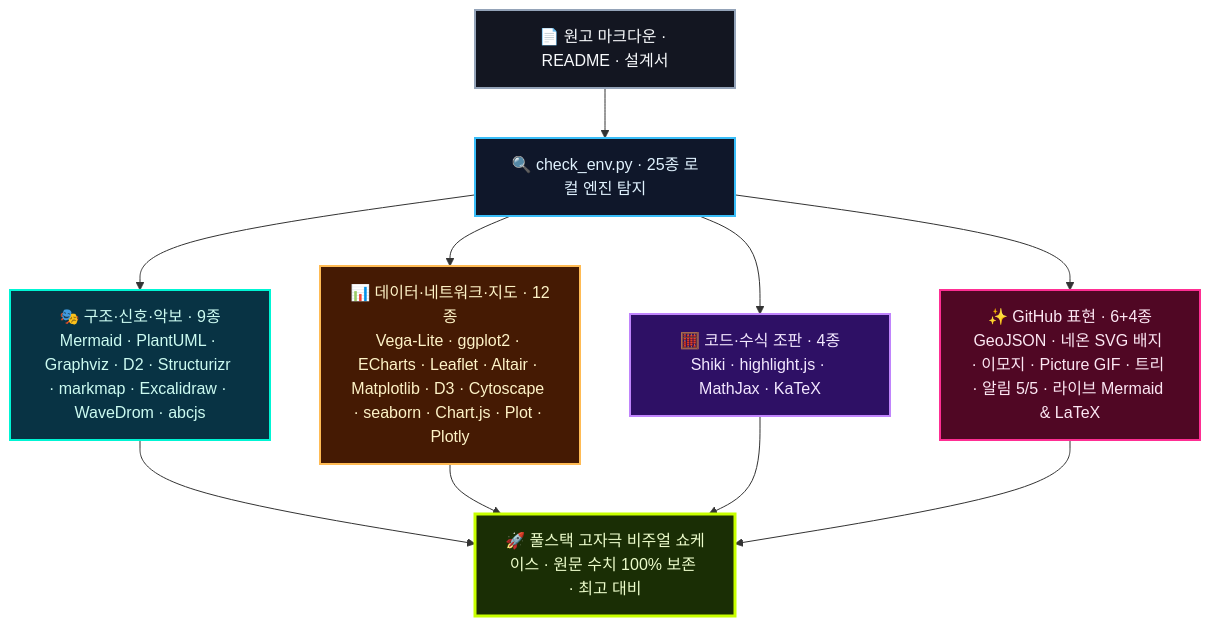
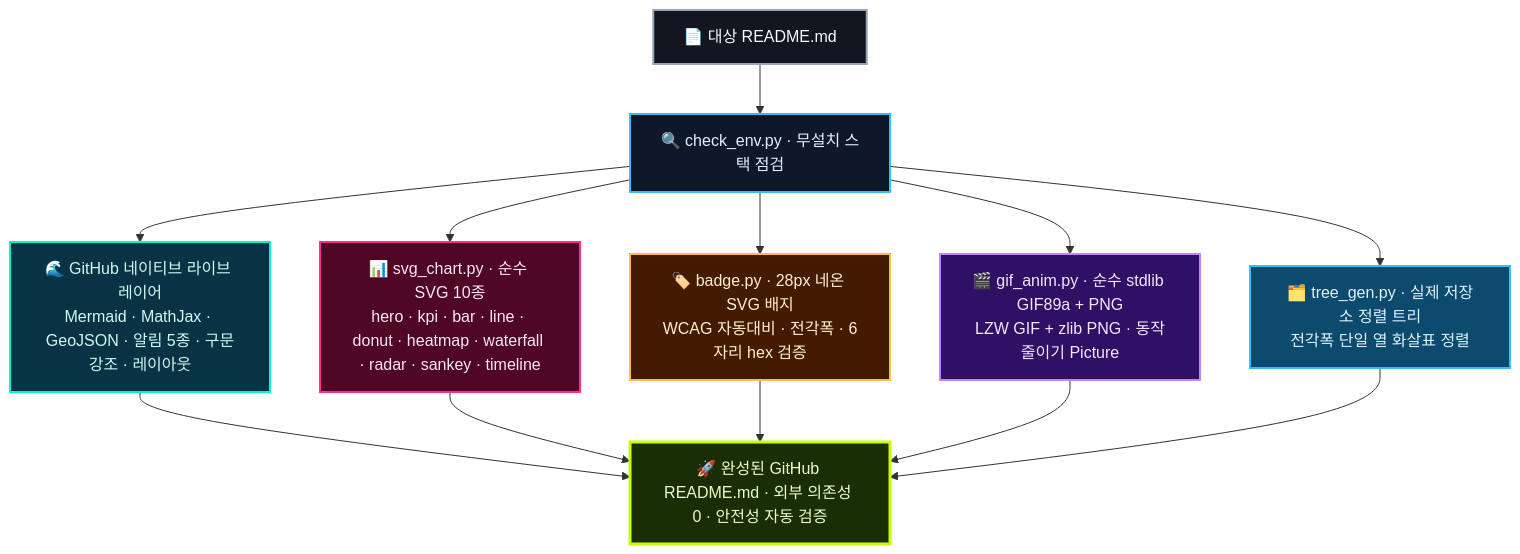
The diagram in README.ko.md (Technoetic/md-viz), drawn with Mermaid before and after one commit. The commit also changed other lines of this file and 43 other files, not shown here.

First line of the commit message:
feat: v0.4.0 zero-install GitHub README.md visual engine (#2)

````diff
--- a/README.ko.md
+++ b/README.ko.md
@@ -54,17 +48,19 @@
 ```mermaid
 flowchart TB
-    DOC["📄 원고 마크다운 · README · 설계서"]:::src --> SCAN["🔍 check_env.py · 25종 로컬 엔진 탐지"]:::env
-    SCAN --> W1["🎭 구조·신호·악보 · 9종\nMermaid · PlantUML · Graphviz · D2 · Structurizr · markmap · Excalidraw · WaveDrom · abcjs"]:::cyan
-    SCAN --> W2["📊 데이터·네트워크·지도 · 12종\nVega-Lite · ggplot2 · ECharts · Leaflet · Altair · Matplotlib · D3 · Cytoscape · seaborn · Chart.js · Plot · Plotly"]:::amber
-    SCAN --> W3["🧮 코드·수식 조판 · 4종\nShiki · highlight.js · MathJax · KaTeX"]:::violet
-    SCAN --> W4["✨ GitHub 표현 · 6+4종\nGeoJSON · 네온 SVG 배지 · 이모지 · Picture GIF · 트리 · 알림 5/5 · 라이브 Mermaid & LaTeX"]:::magenta
-    W1 & W2 & W3 & W4 --> FINAL["🚀 풀스택 고자극 비주얼 쇼케이스 · 원문 수치 100% 보존 · 최고 대비"]:::lime
+    DOC["📄 대상 README.md"]:::src --> CHK["🔍 check_env.py · 무설치 스택 점검"]:::env
+    CHK --> NAT["🌊 GitHub 네이티브 라이브 레이어\nMermaid · MathJax · GeoJSON · 알림 5종 · 구문강조 · 레이아웃"]:::cyan
+    CHK --> SVG["📊 svg_chart.py · 순수 SVG 10종\nhero · kpi · bar · line · donut · heatmap · waterfall · radar · sankey · timeline"]:::magenta
+    CHK --> BDG["🏷️ badge.py · 28px 네온 SVG 배지\nWCAG 자동대비 · 전각폭 · 6자리 hex 검증"]:::amber
+    CHK --> GIF["🎬 gif_anim.py · 순수 stdlib GIF89a + PNG\nLZW GIF + zlib PNG · 동작줄이기 Picture"]:::violet
+    CHK --> TREE["🗂️ tree_gen.py · 실제 저장소 정렬 트리\n전각폭 단일 열 화살표 정렬"]:::sky
+    NAT & SVG & BDG & GIF & TREE --> OUT["🚀 완성된 GitHub README.md · 외부 의존성 0 · 안전성 자동 검증"]:::lime
 
     classDef src fill:#131621,stroke:#94a3b8,color:#f8fafc,stroke-width:2px
     classDef env fill:#0f172a,stroke:#38bdf8,color:#e0f2fe,stroke-width:2px
     classDef cyan fill:#083344,stroke:#00f5d4,color:#ccfbf1,stroke-width:2px
+    classDef magenta fill:#500724,stroke:#ff2e93,color:#fce7f3,stroke-width:2px
     classDef amber fill:#451a03,stroke:#ffbb54,color:#fef3c7,stroke-width:2px
     classDef violet fill:#2e1065,stroke:#c084fc,color:#f3e8ff,stroke-width:2px
-    classDef magenta fill:#500724,stroke:#ff2e93,color:#fce7f3,stroke-width:2px
+    classDef sky fill:#0c4a6e,stroke:#38bdf8,color:#e0f2fe,stroke-width:2px
     classDef lime fill:#1a2e05,stroke:#c8ff00,color:#ecfccb,stroke-width:3px
 ```
````
